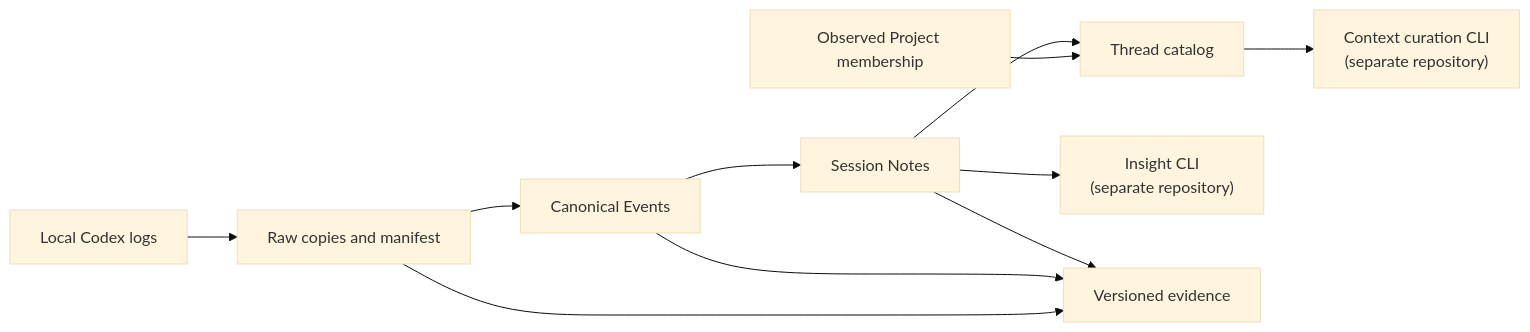
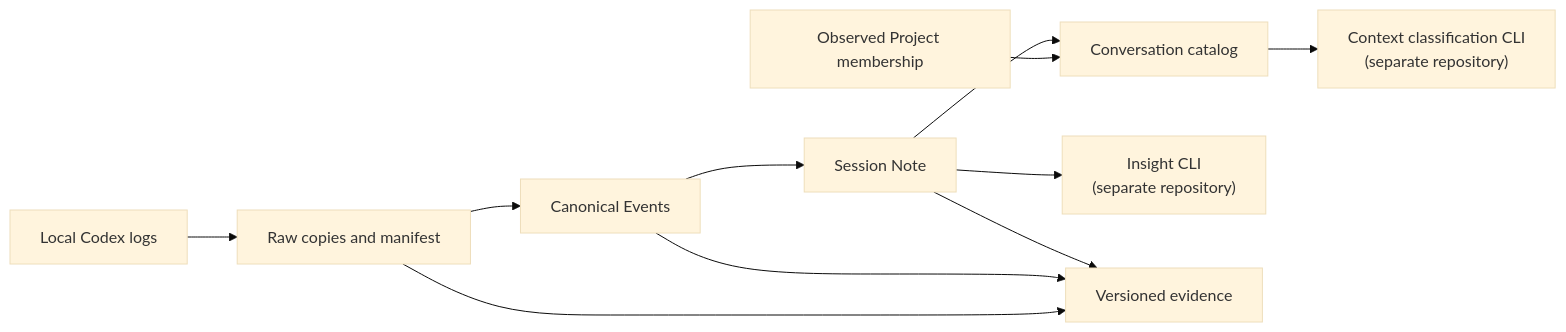
The first of 2 diagrams in README.md (tuckn/tkn_codex_chat_note_pipeline), drawn with Mermaid (base theme) before and after one commit. The commit also changed other lines of this file and 6 other files, not shown here.

````diff
--- a/README.md
+++ b/README.md
@@ -602,13 +75,13 @@
-~~~mermaid
+```mermaid
 flowchart LR
     L["Local Codex logs"] --> R["Raw copies and manifest"]
     R --> E["Canonical Events"]
-    E --> T["Session Notes"]
-    M["Observed Project membership"] --> C["Thread catalog"]
+    E --> T["Session Note"]
+    M["Observed Project membership"] --> C["Conversation catalog"]
     T --> C
-    C --> U["Context curation CLI<br/>(separate repository)"]
+    C --> U["Context classification CLI<br/>(separate repository)"]
     T --> I["Insight CLI<br/>(separate repository)"]
     R --> P["Versioned evidence"]
     E --> P
     T --> P
-~~~
+```
````
